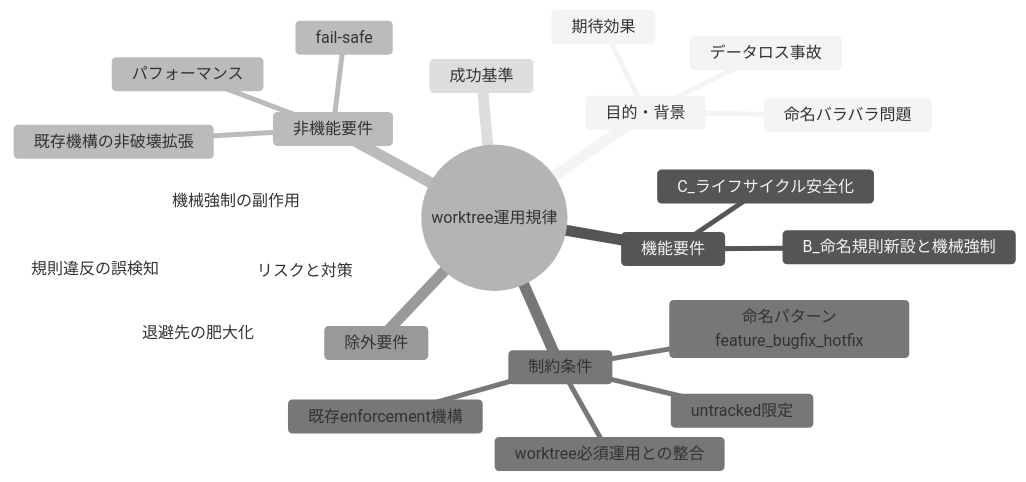
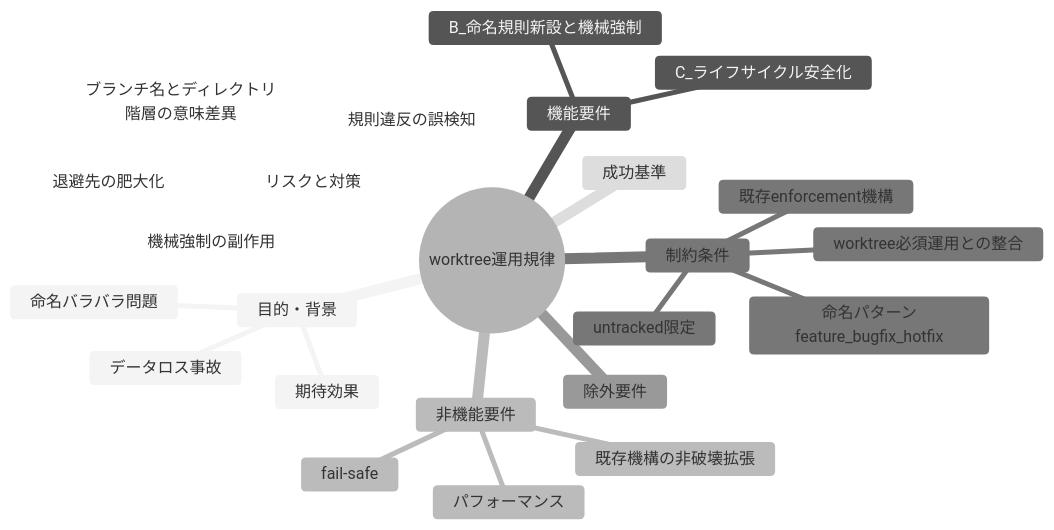
One commit to techbeansjp-free/AGENTS.md changed the first of 2 diagrams in docs/maintainer/workflow/20260716_013937_worktree運用規律/00_要求定義.md. Above: the diagram before and after it, drawn with Mermaid (neutral theme). The commit also changed other lines of this file and 1 other file, not shown here.

````diff
--- a/docs/maintainer/workflow/20260716_013937_worktree運用規律/00_要求定義.md
+++ b/docs/maintainer/workflow/20260716_013937_worktree運用規律/00_要求定義.md
@@ -32,26 +32,27 @@
 ```mermaid
 mindmap
   root((worktree運用規律))
     目的・背景
       命名バラバラ問題
       データロス事故
       期待効果
     機能要件
       B_命名規則新設と機械強制
       C_ライフサイクル安全化
     非機能要件
       既存機構の非破壊拡張
       fail-safe
       パフォーマンス
     制約条件
       既存enforcement機構
       untracked限定
       命名パターンfeature_bugfix_hotfix
       worktree必須運用との整合
     除外要件
     成功基準
     リスクと対策
       機械強制の副作用
       退避先の肥大化
       規則違反の誤検知
+      ブランチ名とディレクトリ階層の意味差異
 ```
````
